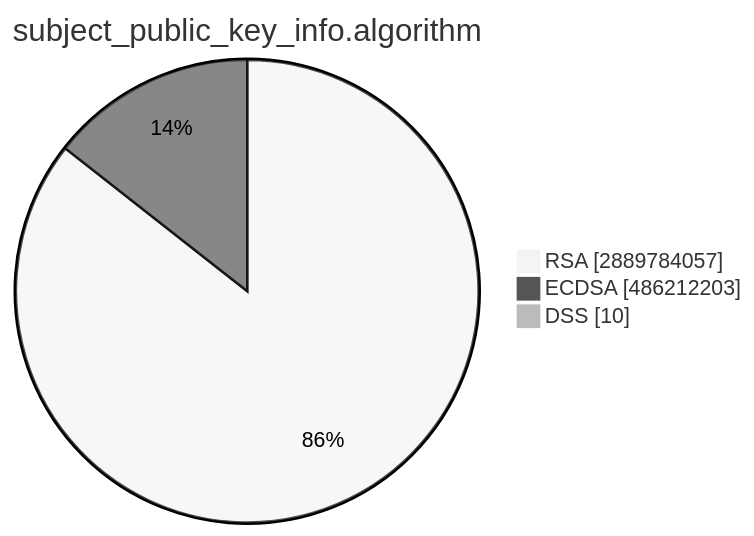
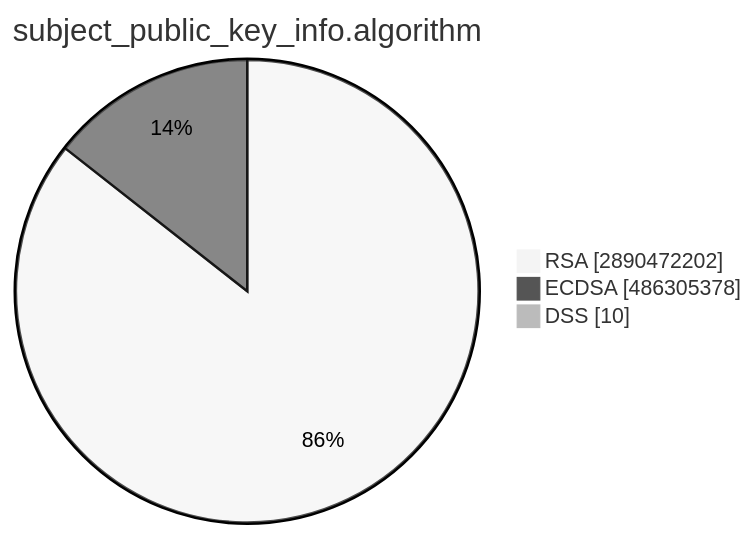
The second of 15 diagrams in TOTAL/README.md (christiankrug/ctmonitor_visualization), drawn with Mermaid (neutral theme) before and after one commit. The commit also changed other lines of this file, not shown here.

````diff
--- a/TOTAL/README.md
+++ b/TOTAL/README.md
@@ -6,7 +6,7 @@
 ```mermaid
 pie showData
 title subject_public_key_info.algorithm
-"RSA" :2889784057
-"ECDSA" :486212203
+"RSA" :2890472202
+"ECDSA" :486305378
 "DSS" :10
 ```
````
